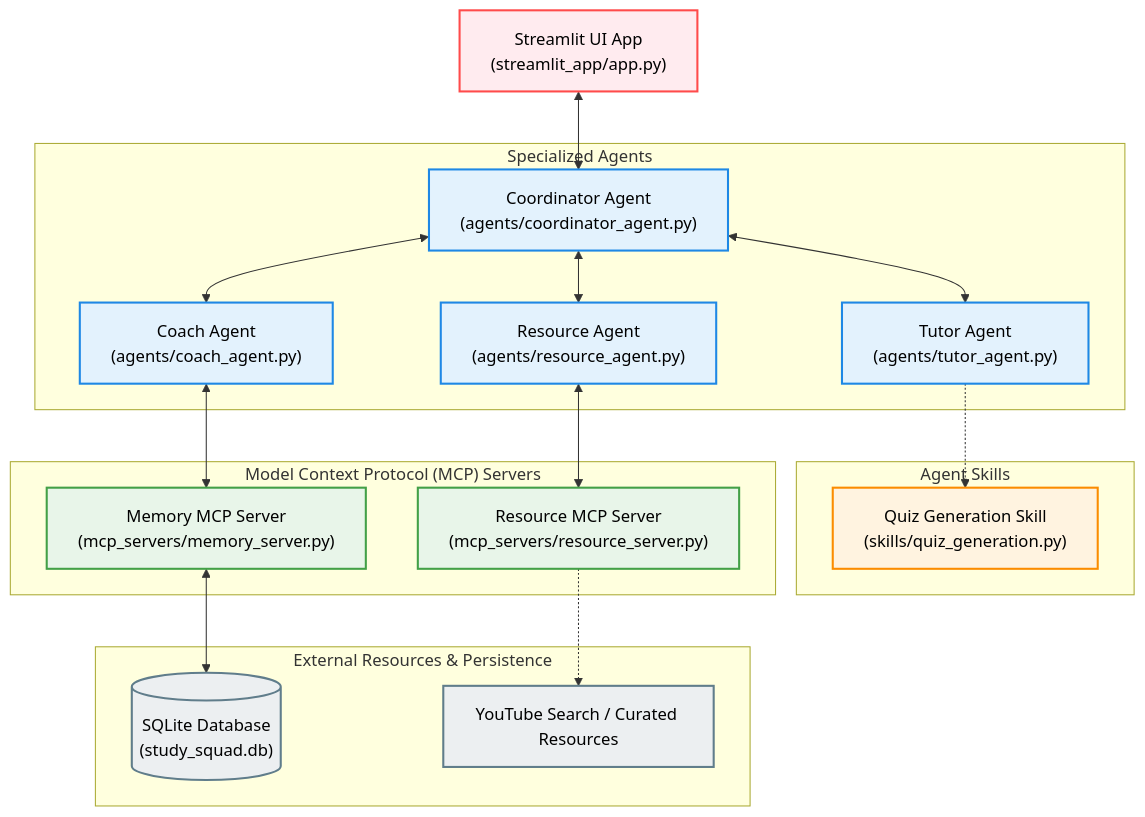
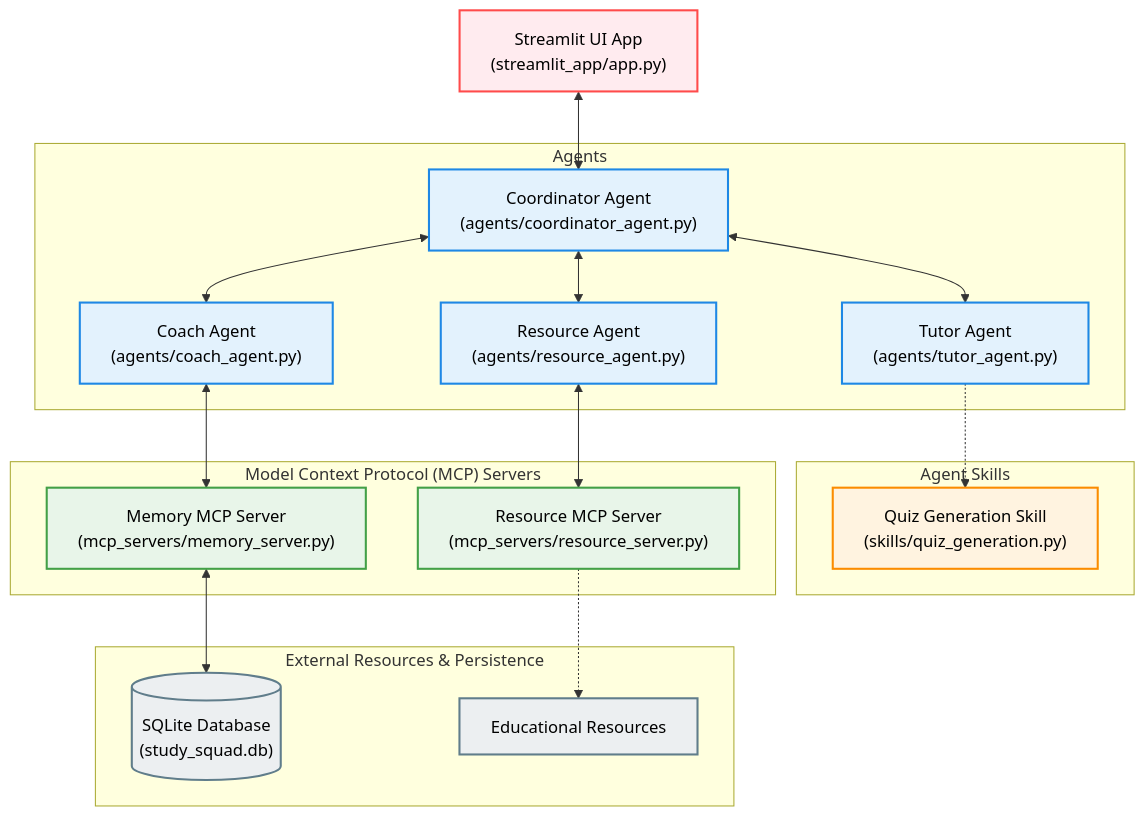
One commit to k7anand/Study-Squad-AI changed the diagram in README.md. Above: the diagram before and after it, drawn with Mermaid. The commit also changed other lines of this file, not shown here.

````diff
--- a/README.md
+++ b/README.md
@@ -35,42 +41,42 @@
 ```mermaid
 graph TD
     %% Frontend Interface
     Streamlit["Streamlit UI App<br/>(streamlit_app/app.py)"] <--> Coordinator["Coordinator Agent<br/>(agents/coordinator_agent.py)"]
 
     %% Agent Interactions
-    subgraph Agents ["Specialized Agents"]
+    subgraph Agents ["Agents"]
         Coordinator <--> Tutor["Tutor Agent<br/>(agents/tutor_agent.py)"]
         Coordinator <--> Coach["Coach Agent<br/>(agents/coach_agent.py)"]
         Coordinator <--> Resource["Resource Agent<br/>(agents/resource_agent.py)"]
     end
 
     %% Reusable Skills
     subgraph Skills ["Agent Skills"]
         Tutor -.-> QuizSkill["Quiz Generation Skill<br/>(skills/quiz_generation.py)"]
     end
 
     %% MCP Infrastructure
     subgraph MCPServers ["Model Context Protocol (MCP) Servers"]
         Coach <--> MemoryServer["Memory MCP Server<br/>(mcp_servers/memory_server.py)"]
         Resource <--> ResourceServer["Resource MCP Server<br/>(mcp_servers/resource_server.py)"]
     end
 
     %% Data & External Integrations
     subgraph Data ["External Resources & Persistence"]
         MemoryServer <--> SQLite[("SQLite Database<br/>(study_squad.db)")]
-        ResourceServer -.-> YouTube["YouTube Search / Curated Resources"]
+        ResourceServer -.-> YouTube["Educational Resources"]
     end
 
     %% Styling
     classDef frontend fill:#ffebef,stroke:#ff4b4b,stroke-width:2px,color:#000;
     classDef agent fill:#e3f2fd,stroke:#1e88e5,stroke-width:2px,color:#000;
     classDef skill fill:#fff3e0,stroke:#fb8c00,stroke-width:2px,color:#000;
     classDef mcp fill:#e8f5e9,stroke:#43a047,stroke-width:2px,color:#000;
     classDef db fill:#eceff1,stroke:#607d8b,stroke-width:2px,color:#000;
 
     class Streamlit frontend;
     class Coordinator,Tutor,Coach,Resource agent;
     class QuizSkill skill;
     class MemoryServer,ResourceServer mcp;
     class SQLite,YouTube db;
 ```
````
